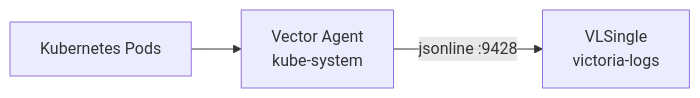
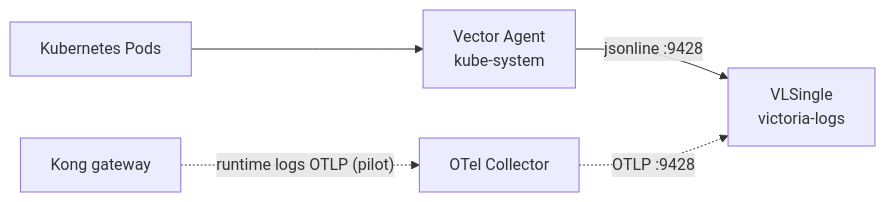
Before and after one commit to duynhlab/homelab: the sixth of 6 diagrams in docs/observability/metrics/victoriametrics.md, drawn with Mermaid. The commit also changed other lines of this file and 10 other files, not shown here.

````diff
--- a/docs/observability/metrics/victoriametrics.md
+++ b/docs/observability/metrics/victoriametrics.md
@@ -538,5 +538,7 @@
 ```mermaid
 flowchart LR
     Pods["Kubernetes Pods"] --> Vector["Vector Agent<br/>kube-system"]
     Vector -->|"jsonline :9428"| VLSingle_f["VLSingle<br/>victoria-logs"]
+    Kong_f["Kong gateway"] -.->|"runtime logs OTLP (pilot)"| OTelC_f["OTel Collector"]
+    OTelC_f -.->|"OTLP :9428"| VLSingle_f
 ```
````
